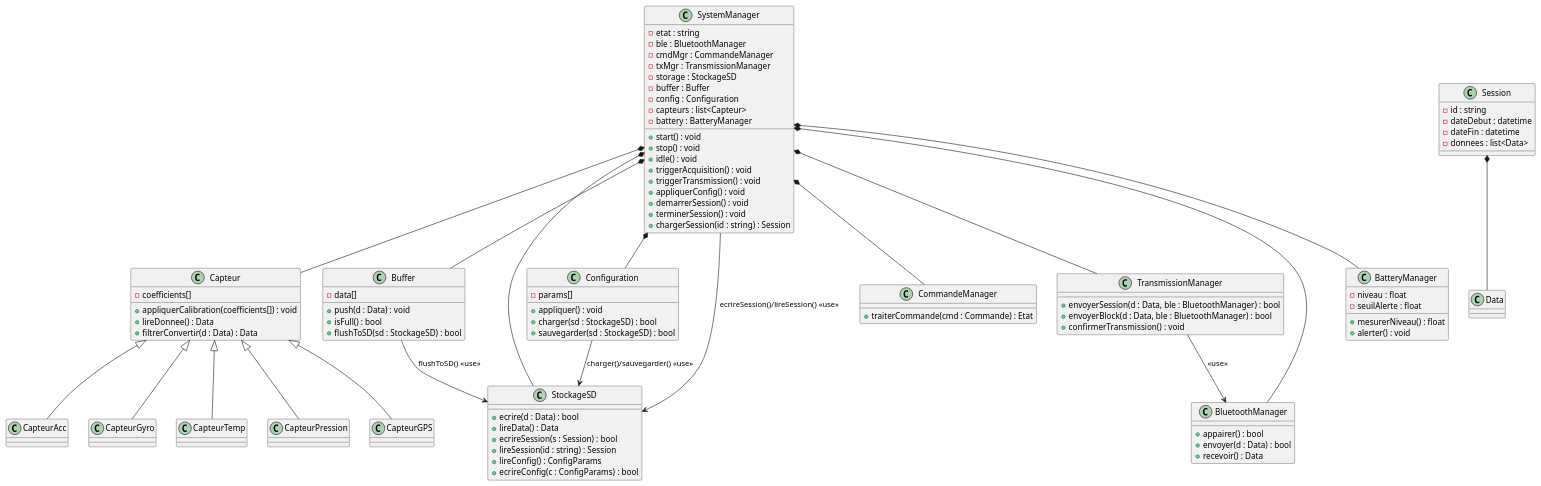
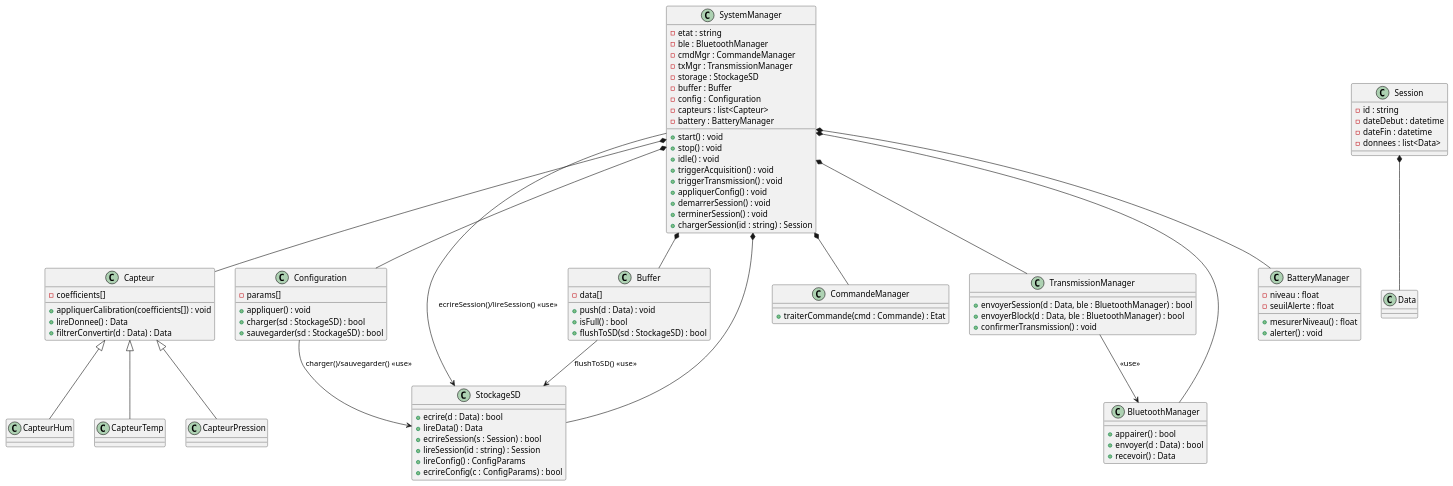
One commit to maxpermal/maxpermal.github.io changed the fifth of 6 diagrams in index.md. Above: the diagram before and after it, drawn with PlantUML. The commit also changed other lines of this file, not shown here.

`````diff
--- a/index.md
+++ b/index.md
@@ -624,7 +346,7 @@
 ' ██║     ██║     ██╔══██║╚════██║╚════██║██╔══╝  ╚════██║
 ' ╚██████╗███████╗██║  ██║███████║███████║███████╗███████║
 '  ╚═════╝╚══════╝╚═╝  ╚═╝╚══════╝╚══════╝╚══════╝╚══════╝
-                                                        
+
 @startuml 4_Class_diagram
 
 class SystemManager {
@@ -655,9 +377,7 @@
   + filtrerConvertir(d : Data) : Data
 }
 
-class CapteurGPS
-class CapteurAcc
-class CapteurGyro
+class CapteurHum
 class CapteurTemp
 class CapteurPression
 
@@ -715,9 +435,7 @@
 }
 
 ' ===== HÉRITAGES =====
-Capteur <|-- CapteurGPS
-Capteur <|-- CapteurAcc
-Capteur <|-- CapteurGyro
+Capteur <|-- CapteurHum
 Capteur <|-- CapteurTemp
 Capteur <|-- CapteurPression
 
@@ -740,5 +458,4 @@
 SystemManager --> StockageSD : ecrireSession()/lireSession() <<use>>
 
 @enduml
-
 ````
`````
